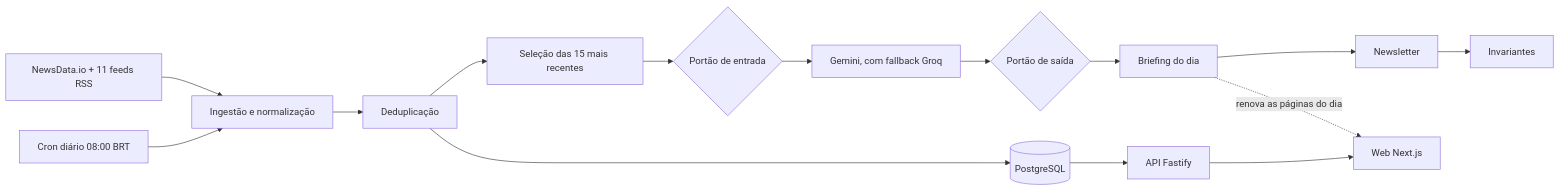
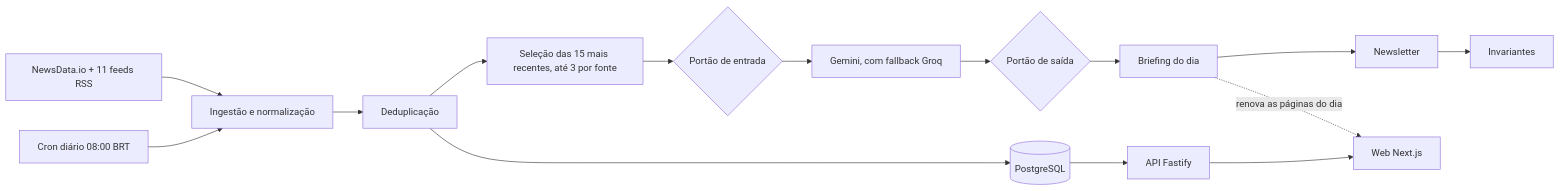
One commit to tavinholoco/newra-news changed the diagram in README.pt-BR.md. Above: the diagram before and after it, drawn with Mermaid. The commit also changed 12 other files, not shown here.

````diff
--- a/README.pt-BR.md
+++ b/README.pt-BR.md
@@ -82,17 +82,17 @@
 ```mermaid
 flowchart LR
     CRON["Cron diário 08:00 BRT"] --> ING[Ingestão e normalização]
     SRC["NewsData.io + 11 feeds RSS"] --> ING
     ING --> DEDUP[Deduplicação]
     DEDUP --> DB[(PostgreSQL)]
-    DEDUP --> SEL[Seleção das 15 mais recentes]
+    DEDUP --> SEL[Seleção das 15 mais recentes, até 3 por fonte]
     SEL --> GIN{Portão de entrada}
     GIN --> AI["Gemini, com fallback Groq"]
     AI --> GOUT{Portão de saída}
     GOUT --> ART[Briefing do dia]
     ART --> MAIL[Newsletter]
     MAIL --> INV[Invariantes]
     DB --> API[API Fastify]
     API --> WEB[Web Next.js]
     ART -.->|renova as páginas do dia| WEB
 ```
````
